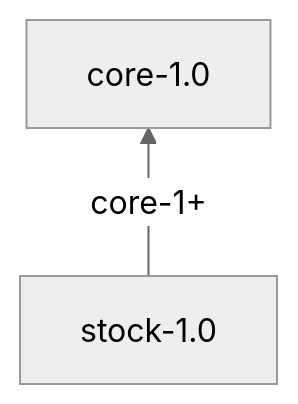
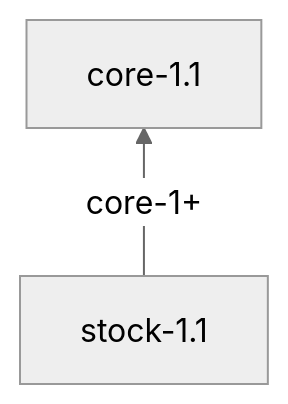
The diagram in docs/standards/README.md (Adisoreq/FormuLang), drawn with Mermaid (neutral theme) before and after one commit. The commit also changed other lines of this file and 42 other files, not shown here.

Commit message:
Update: Core 1.1 + Stock 1.1

````diff
--- a/docs/standards/README.md
+++ b/docs/standards/README.md
@@ -24,7 +24,7 @@
 ```mermaid
 graph BT
-    core["core-1.0"]
-    stock["stock-1.0"]
+    core["core-1.1"]
+    stock["stock-1.1"]
 
     stock -- "core-1+" --> core
 ```
````
